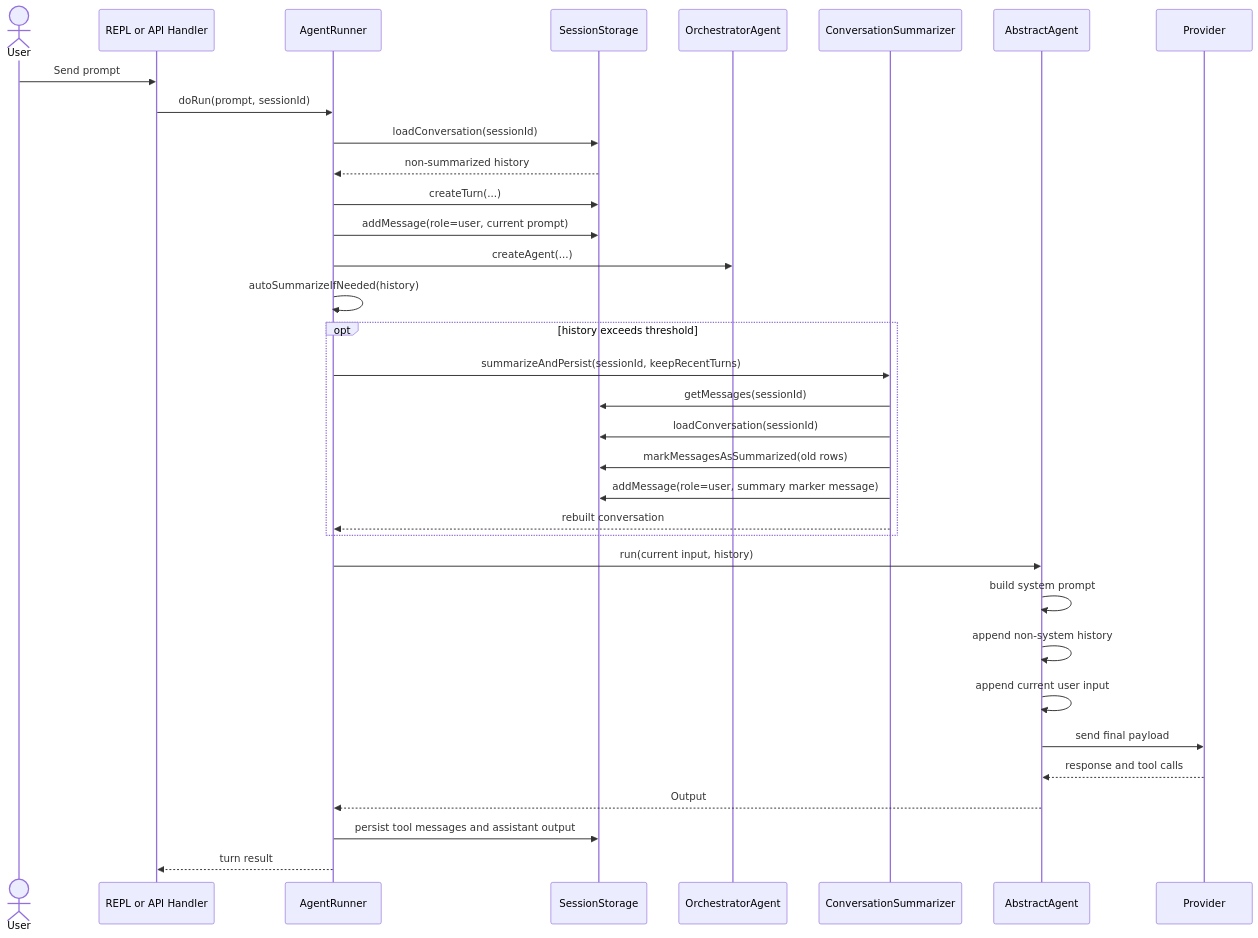
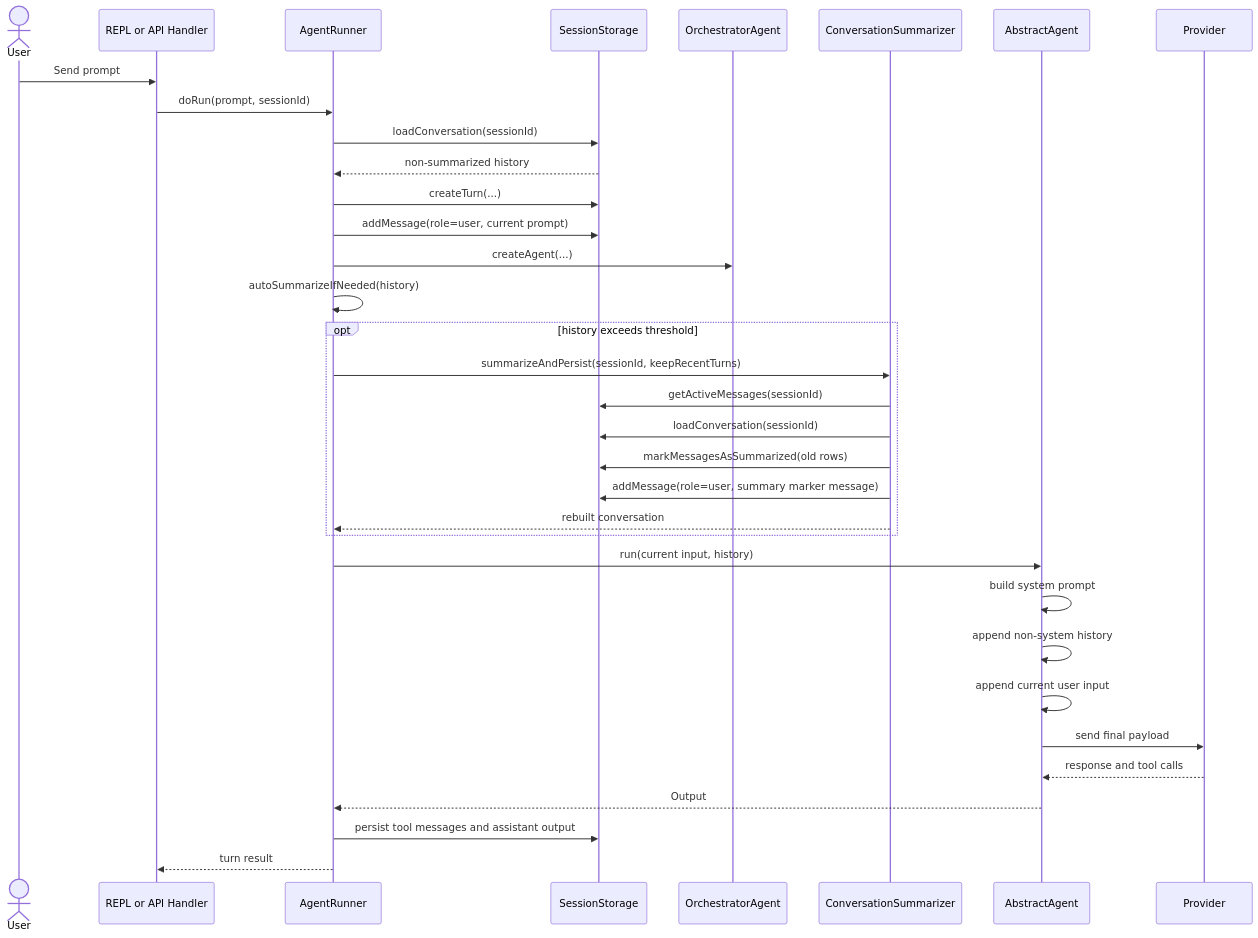
Before and after one commit to carmelosantana/docs-coquibot-org: the first of 5 diagrams in content/features/chat.mdx, drawn with Mermaid. The commit also changed other lines of this file and 30 other files, not shown here.

````diff
--- a/content/features/chat.mdx
+++ b/content/features/chat.mdx
@@ -48,37 +48,37 @@
 ```mermaid
 sequenceDiagram
     actor User
     participant Entry as REPL or API Handler
     participant Runner as AgentRunner
     participant Store as SessionStorage
     participant Agent as OrchestratorAgent
     participant Summ as ConversationSummarizer
     participant Core as AbstractAgent
     participant LLM as Provider
 
     User->>Entry: Send prompt
     Entry->>Runner: doRun(prompt, sessionId)
     Runner->>Store: loadConversation(sessionId)
     Store-->>Runner: non-summarized history
     Runner->>Store: createTurn(...)
     Runner->>Store: addMessage(role=user, current prompt)
     Runner->>Agent: createAgent(...)
     Runner->>Runner: autoSummarizeIfNeeded(history)
     opt history exceeds threshold
         Runner->>Summ: summarizeAndPersist(sessionId, keepRecentTurns)
-        Summ->>Store: getMessages(sessionId)
+        Summ->>Store: getActiveMessages(sessionId)
         Summ->>Store: loadConversation(sessionId)
         Summ->>Store: markMessagesAsSummarized(old rows)
         Summ->>Store: addMessage(role=user, summary marker message)
         Summ-->>Runner: rebuilt conversation
     end
     Runner->>Core: run(current input, history)
     Core->>Core: build system prompt
     Core->>Core: append non-system history
     Core->>Core: append current user input
     Core->>LLM: send final payload
     LLM-->>Core: response and tool calls
     Core-->>Runner: Output
     Runner->>Store: persist tool messages and assistant output
     Runner-->>Entry: turn result
 ```
````
